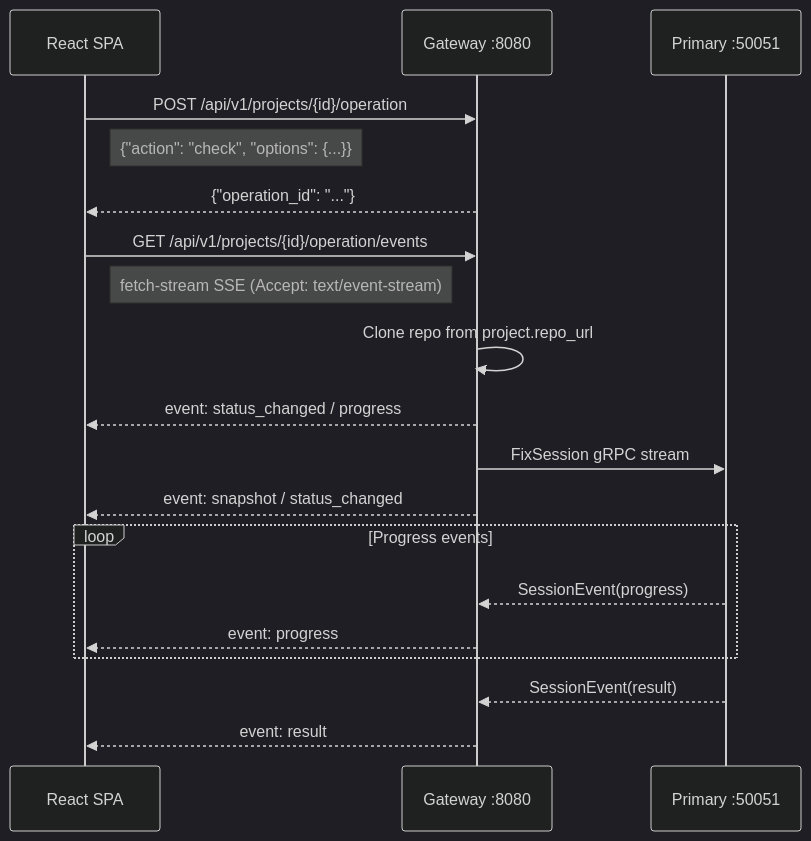
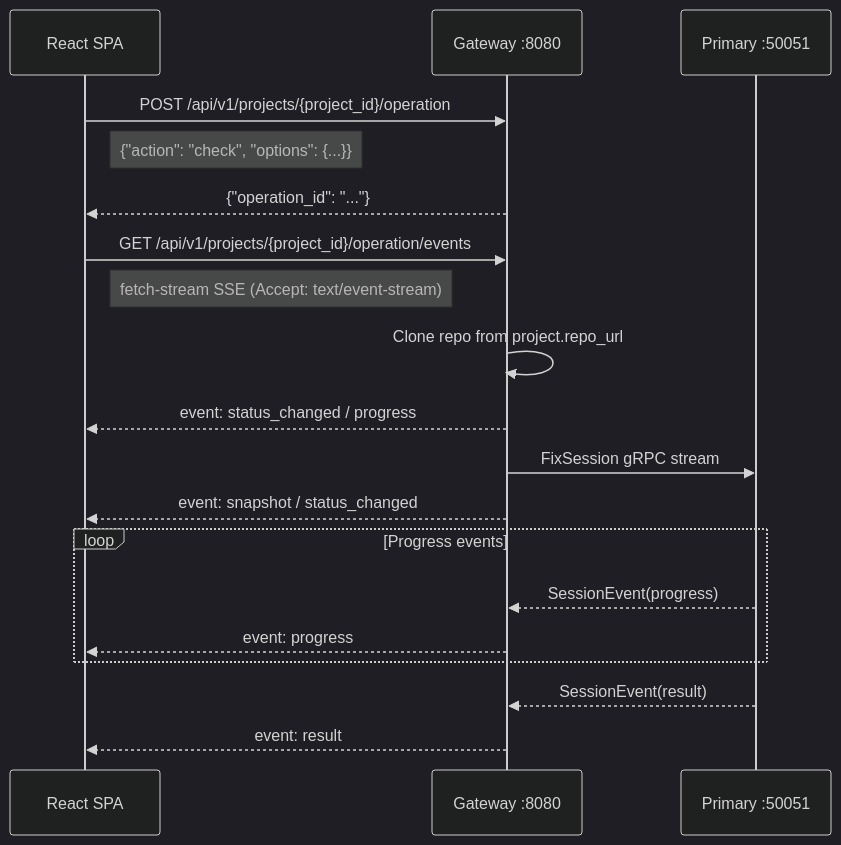
Before and after one commit to ansible/apme: the first of 2 diagrams in docs/architecture/14-ui-integration.md, drawn with Mermaid (dark theme). The commit also changed other lines of this file, not shown here.

First line of the commit message:
docs: align project-operation REST/SSE contract with Gateway

````diff
--- a/docs/architecture/14-ui-integration.md
+++ b/docs/architecture/14-ui-integration.md
@@ -95,26 +100,26 @@
 ```mermaid
 sequenceDiagram
     participant UI as React SPA
     participant GW as Gateway :8080
     participant Primary as Primary :50051
 
-    UI->>GW: POST /api/v1/projects/{id}/operation
+    UI->>GW: POST /api/v1/projects/{project_id}/operation
     Note right of UI: {"action": "check", "options": {...}}
     GW-->>UI: {"operation_id": "..."}
 
-    UI->>GW: GET /api/v1/projects/{id}/operation/events
+    UI->>GW: GET /api/v1/projects/{project_id}/operation/events
     Note right of UI: fetch-stream SSE (Accept: text/event-stream)
 
     GW->>GW: Clone repo from project.repo_url
     GW-->>UI: event: status_changed / progress
     GW->>Primary: FixSession gRPC stream
     GW-->>UI: event: snapshot / status_changed
 
     loop Progress events
         Primary-->>GW: SessionEvent(progress)
         GW-->>UI: event: progress
     end
 
     Primary-->>GW: SessionEvent(result)
     GW-->>UI: event: result
 ```
````
